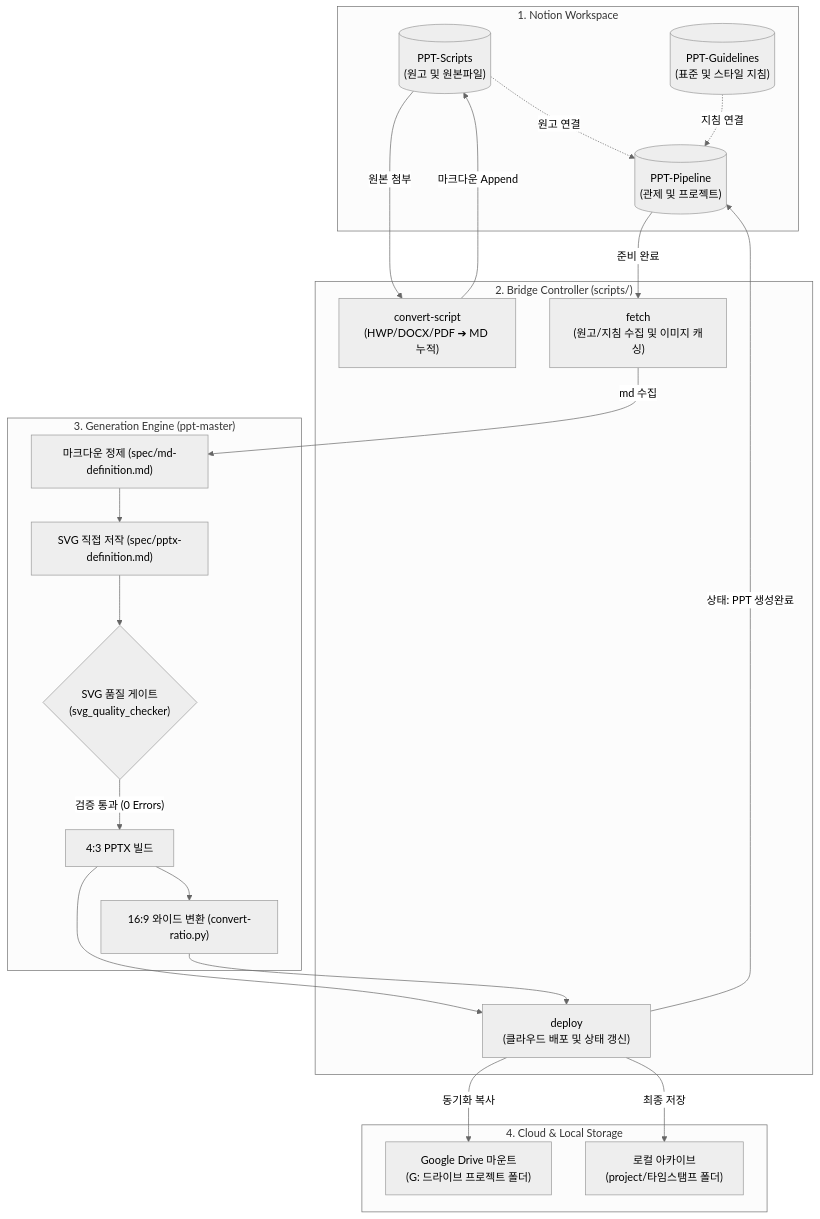
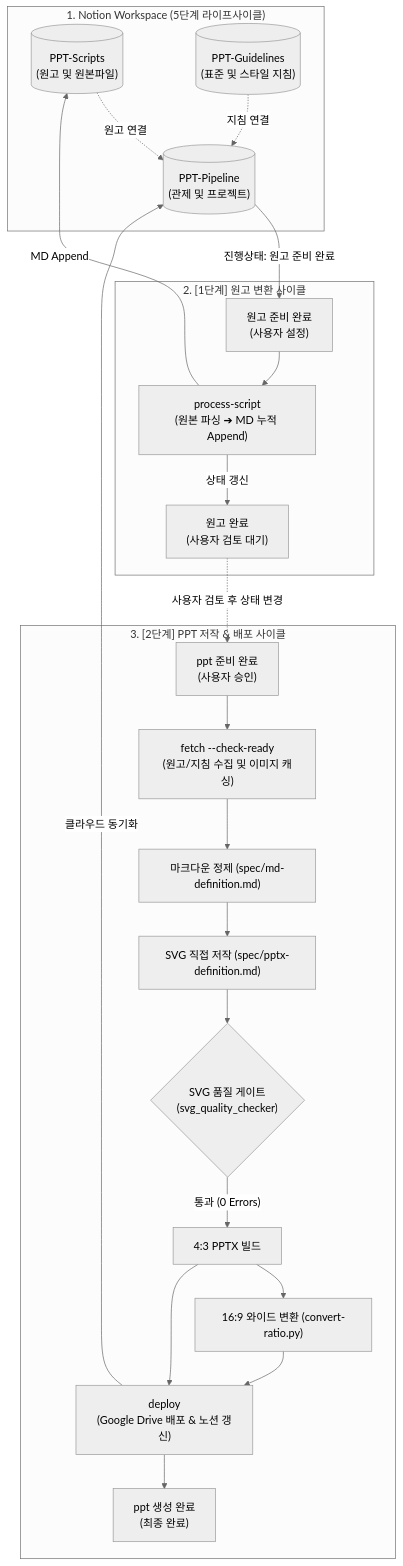
Before and after one commit to ssiwonk/SB-Make-Automation: the diagram in README.md, drawn with Mermaid (neutral theme). The commit also changed other lines of this file and 2 other files, not shown here.

Commit message:
feat: Implement 5-stage HITL lifecycle and strict stage separation in Notion PPT pipeline

````diff
--- a/README.md
+++ b/README.md
@@ -34,42 +34,40 @@
 ```mermaid
 flowchart TD
-    subgraph Notion ["1. Notion Workspace"]
+    subgraph Notion ["1. Notion Workspace (5단계 라이프사이클)"]
         DB1[("PPT-Scripts<br/>(원고 및 원본파일)")]
         DB2[("PPT-Guidelines<br/>(표준 및 스타일 지침)")]
         DB3[("PPT-Pipeline<br/>(관제 및 프로젝트)")]
     end
 
-    subgraph Bridge ["2. Bridge Controller (scripts/)"]
-        CS["convert-script<br/>(HWP/DOCX/PDF ➔ MD 누적)"]
-        FC["fetch<br/>(원고/지침 수집 및 이미지 캐싱)"]
-        DP["deploy<br/>(클라우드 배포 및 상태 갱신)"]
+    subgraph Stage1 ["2. [1단계] 원고 변환 사이클"]
+        ST1["원고 준비 완료<br/>(사용자 설정)"]
+        PS["process-script<br/>(원본 파싱 ➔ MD 누적 Append)"]
+        ST2["원고 완료<br/>(사용자 검토 대기)"]
     end
 
-    subgraph Engine ["3. Generation Engine (ppt-master)"]
+    subgraph Stage2 ["3. [2단계] PPT 저작 & 배포 사이클"]
+        ST3["ppt 준비 완료<br/>(사용자 승인)"]
+        FC["fetch --check-ready<br/>(원고/지침 수집 및 이미지 캐싱)"]
         MD2["마크다운 정제 (spec/md-definition.md)"]
         SVG["SVG 직접 저작 (spec/pptx-definition.md)"]
         QG{"SVG 품질 게이트<br/>(svg_quality_checker)"}
         P43["4:3 PPTX 빌드"]
         P169["16:9 와이드 변환 (convert-ratio.py)"]
+        DP["deploy<br/>(Google Drive 배포 & 노션 갱신)"]
+        ST4["ppt 생성 완료<br/>(최종 완료)"]
     end
 
-    subgraph Storage ["4. Cloud & Local Storage"]
-        GD["Google Drive 마운트<br/>(G: 드라이브 프로젝트 폴더)"]
-        ARCH["로컬 아카이브<br/>(project/타임스탬프 폴더)"]
-    end
-
-    DB1 -->|"원본 첨부"| CS
-    CS -->|"마크다운 Append"| DB1
     DB1 -.->|"원고 연결"| DB3
     DB2 -.->|"지침 연결"| DB3
-    DB3 -->|"준비 완료"| FC
-    FC -->|"md 수집"| MD2
-    MD2 --> SVG
-    SVG --> QG
-    QG -->|"검증 통과 (0 Errors)"| P43
-    P43 --> P169
+    DB3 -->|"진행상태: 원고 준비 완료"| ST1
+    ST1 --> PS
+    PS -->|"MD Append"| DB1
+    PS -->|"상태 갱신"| ST2
+    ST2 -.->|"사용자 검토 후 상태 변경"| ST3
+    ST3 --> FC
+    FC --> MD2 --> SVG --> QG
+    QG -->|"통과 (0 Errors)"| P43 --> P169
     P43 & P169 --> DP
-    DP -->|"동기화 복사"| GD
-    DP -->|"최종 저장"| ARCH
-    DP -->|"상태: PPT 생성완료"| DB3
+    DP -->|"클라우드 동기화"| DB3
+    DP --> ST4
 ```
````
